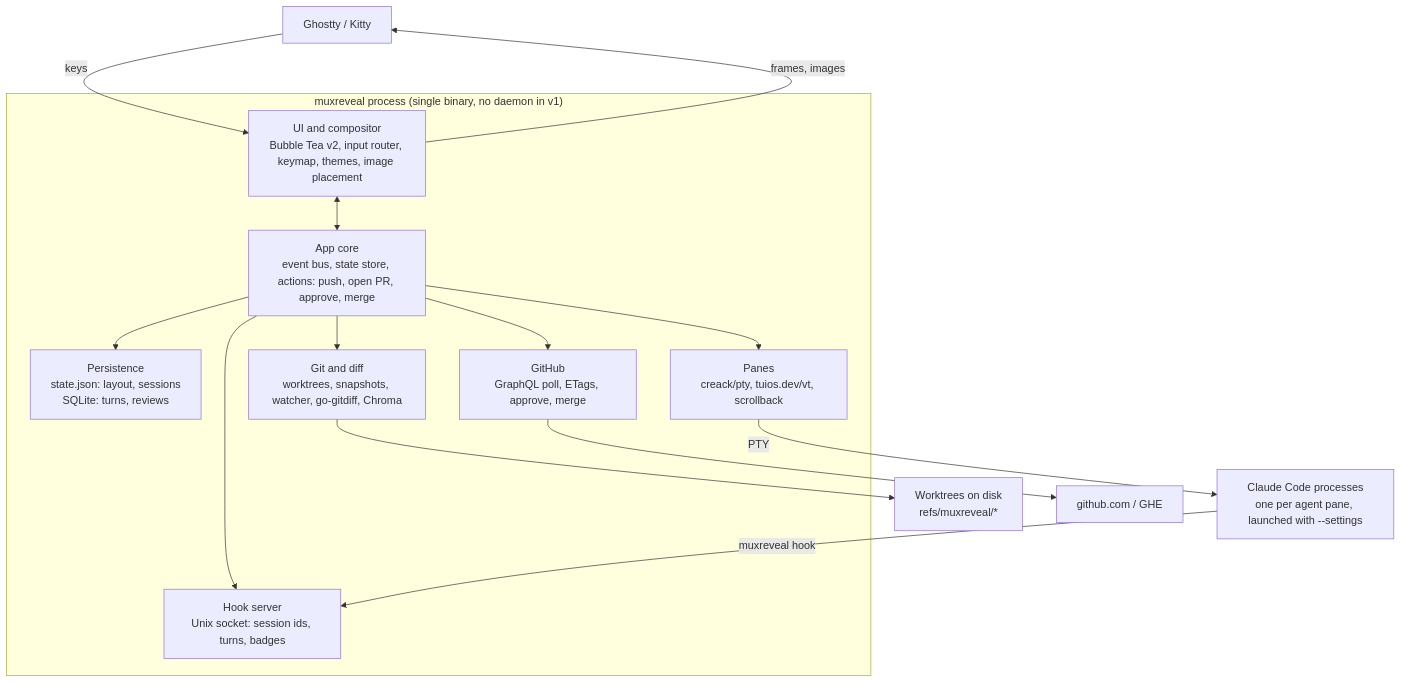
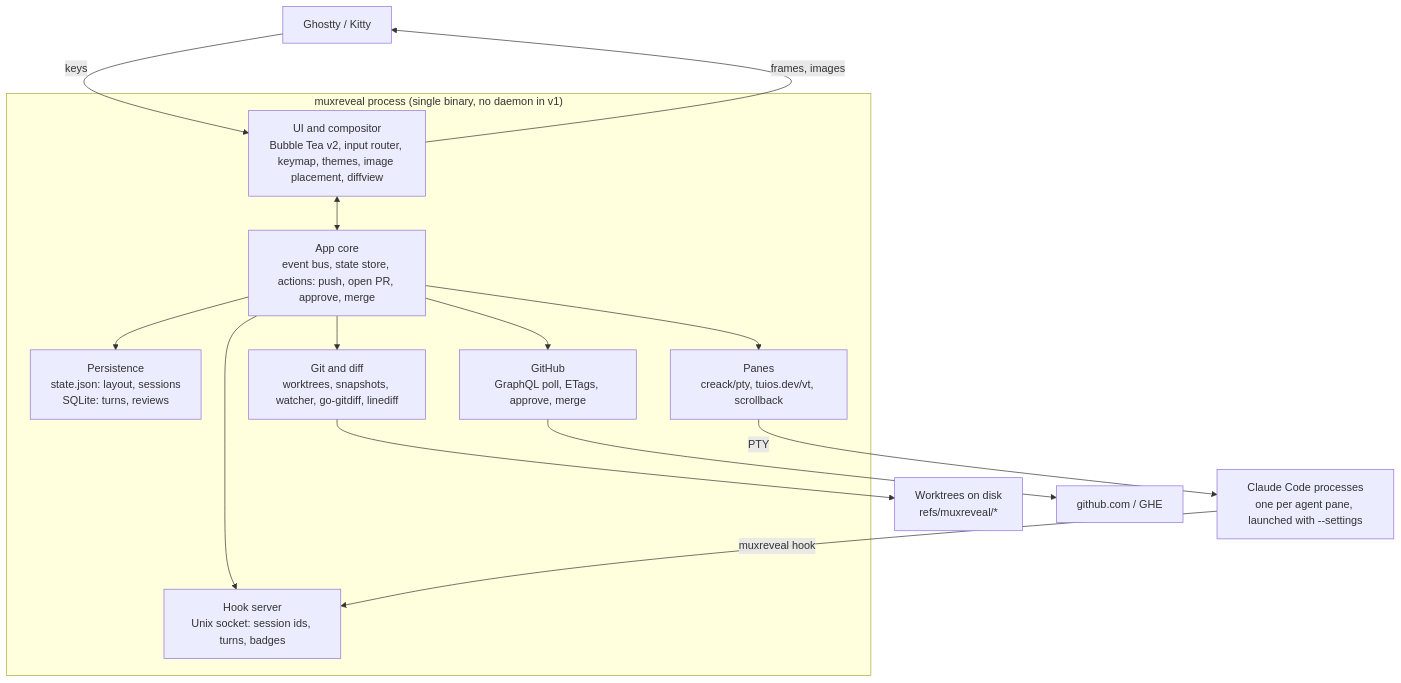
One commit to mhersson/muxreveal changed the diagram in docs/DESIGN.md. Above: the diagram before and after it, drawn with Mermaid. The commit also changed other lines of this file and 2 other files, not shown here.

First line of the commit message:
docs(design): plan worktrees, turn snapshots and the diff engine

````diff
--- a/docs/DESIGN.md
+++ b/docs/DESIGN.md
@@ -145,29 +145,29 @@
 ```mermaid
 flowchart TB
   term["Ghostty / Kitty"]
   subgraph proc["muxreveal process (single binary, no daemon in v1)"]
-    ui["UI and compositor<br/>Bubble Tea v2, input router, keymap, themes, image placement"]
+    ui["UI and compositor<br/>Bubble Tea v2, input router, keymap, themes, image placement, diffview"]
     core["App core<br/>event bus, state store, actions: push, open PR, approve, merge"]
     store["Persistence<br/>state.json: layout, sessions<br/>SQLite: turns, reviews"]
     panes["Panes<br/>creack/pty, tuios.dev/vt, scrollback"]
     hooks["Hook server<br/>Unix socket: session ids, turns, badges"]
-    git["Git and diff<br/>worktrees, snapshots, watcher, go-gitdiff, Chroma"]
+    git["Git and diff<br/>worktrees, snapshots, watcher, go-gitdiff, linediff"]
     gh["GitHub<br/>GraphQL poll, ETags, approve, merge"]
   end
   claude["Claude Code processes<br/>one per agent pane, launched with --settings"]
   wt["Worktrees on disk<br/>refs/muxreveal/*"]
   api["github.com / GHE"]
 
   term -- keys --> ui
   ui -- frames, images --> term
   ui <--> core
   core --> store
   core --> panes
   core --> hooks
   core --> git
   core --> gh
   panes -- PTY --> claude
   claude -- muxreveal hook --> hooks
   git --> wt
   gh --> api
 ```
````
